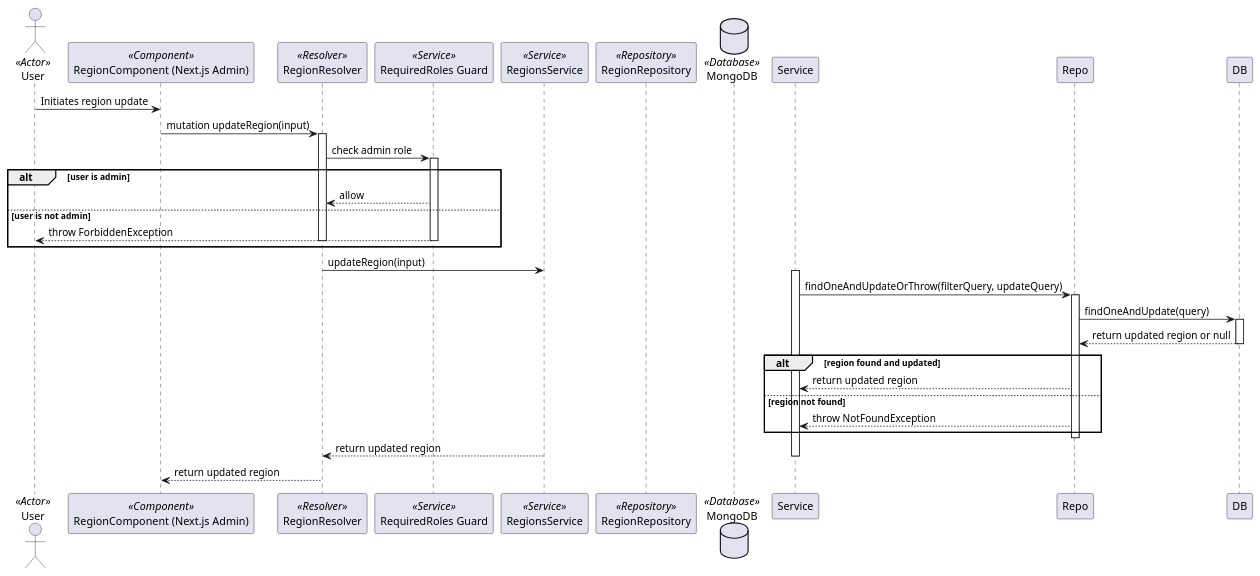
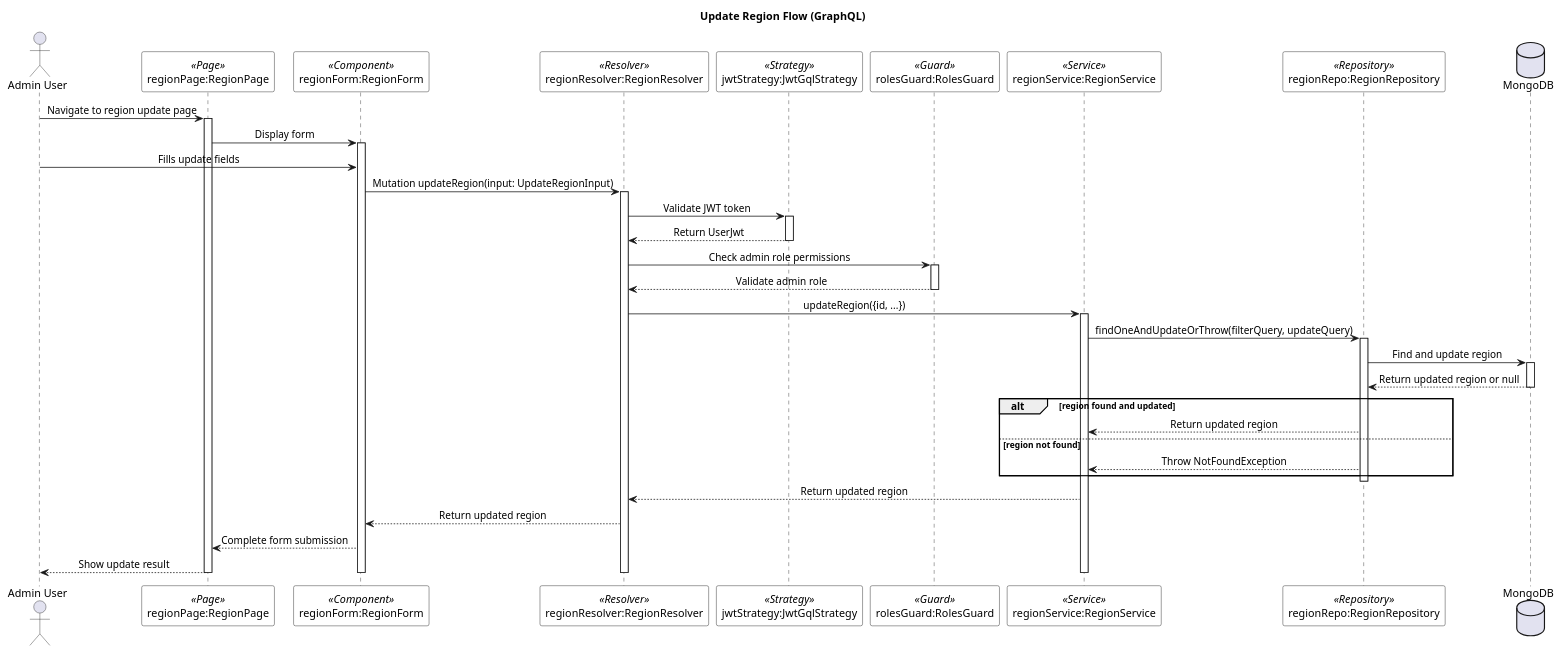
The diagram in documents/diagram/sequences/regions/region_update_region.puml (lehuygiang28/vphim), drawn with PlantUML before and after one commit. The commit also changed 4 other files, not shown here.

First line of the commit message:
refactor(diagrams/sequences/regions): 🛠️ update region management flow diagrams for clarity and consistency

```diff
--- a/documents/diagram/sequences/regions/region_update_region.puml
+++ b/documents/diagram/sequences/regions/region_update_region.puml
@@ -1,48 +1,71 @@
-@startuml Region - Update Region
+@startuml Update Region Flow
 
-actor User <<Actor>>
-participant "RegionComponent (Next.js Admin)" as RegionComponent <<Component>>
-participant "RegionResolver" as Resolver <<Resolver>>
-participant "RequiredRoles Guard" as Guard <<Service>>
-participant "RegionsService" as RegionsService <<Service>>
-participant "RegionRepository" as RegionRepository <<Repository>>
-database "MongoDB" as MongoDB <<Database>>
+skinparam SequenceMessageAlignment center
+skinparam SequenceBoxBackgroundColor white
+skinparam SequenceBoxBorderColor black
+skinparam NoteBackgroundColor lightyellow
+skinparam NoteBorderColor black
+skinparam ParticipantBackgroundColor white
+skinparam ParticipantBorderColor black
 
-User -> RegionComponent: Initiates region update
-RegionComponent -> Resolver: mutation updateRegion(input)
-activate Resolver
+title Update Region Flow (GraphQL)
 
-Resolver -> Guard: check admin role
-activate Guard
-alt user is admin
-    Guard --> Resolver: allow
-else user is not admin
-    Guard --> User: throw ForbiddenException
-    deactivate Resolver
-    deactivate Guard
-end
-deactivate Guard
+actor "Admin User" as adminUser
+participant "regionPage:RegionPage" as regionPage <<Page>>
+participant "regionForm:RegionForm" as regionForm <<Component>>
+participant "regionResolver:RegionResolver" as regionResolver <<Resolver>>
+participant "jwtStrategy:JwtGqlStrategy" as jwtStrategy <<Strategy>>
+participant "rolesGuard:RolesGuard" as rolesGuard <<Guard>>
+participant "regionService:RegionService" as regionService <<Service>>
+participant "regionRepo:RegionRepository" as regionRepo <<Repository>>
+database "MongoDB" as mongoDB
 
-Resolver -> RegionsService: updateRegion(input)
-activate Service
+adminUser -> regionPage : Navigate to region update page
+activate regionPage
 
-Service -> Repo: findOneAndUpdateOrThrow(filterQuery, updateQuery)
-activate Repo
-Repo -> DB: findOneAndUpdate(query)
-activate DB
-DB --> Repo: return updated region or null
-deactivate DB
+regionPage -> regionForm : Display form
+activate regionForm
+
+adminUser -> regionForm : Fills update fields
+
+regionForm -> regionResolver : Mutation updateRegion(input: UpdateRegionInput)
+activate regionResolver
+
+regionResolver -> jwtStrategy : Validate JWT token
+activate jwtStrategy
+jwtStrategy --> regionResolver : Return UserJwt
+deactivate jwtStrategy
+
+regionResolver -> rolesGuard : Check admin role permissions
+activate rolesGuard
+rolesGuard --> regionResolver : Validate admin role
+deactivate rolesGuard
+
+regionResolver -> regionService : updateRegion({id, ...})
+activate regionService
+
+regionService -> regionRepo : findOneAndUpdateOrThrow(filterQuery, updateQuery)
+activate regionRepo
+regionRepo -> mongoDB : Find and update region
+activate mongoDB
+mongoDB --> regionRepo : Return updated region or null
+deactivate mongoDB
 
 alt region found and updated
-    Repo --> Service: return updated region
+    regionRepo --> regionService : Return updated region
 else region not found
-    Repo --> Service: throw NotFoundException
+    regionRepo --> regionService : Throw NotFoundException
 end
-deactivate Repo
+deactivate regionRepo
 
-RegionsService --> Resolver: return updated region
-deactivate Service
-Resolver --> RegionComponent: return updated region
-deactivate Resolver
+regionService --> regionResolver : Return updated region
+regionResolver --> regionForm : Return updated region
+regionForm --> regionPage : Complete form submission
+regionPage --> adminUser : Show update result
 
-@enduml 
+deactivate regionService
+deactivate regionResolver
+deactivate regionForm
+deactivate regionPage
+
+@enduml
```
